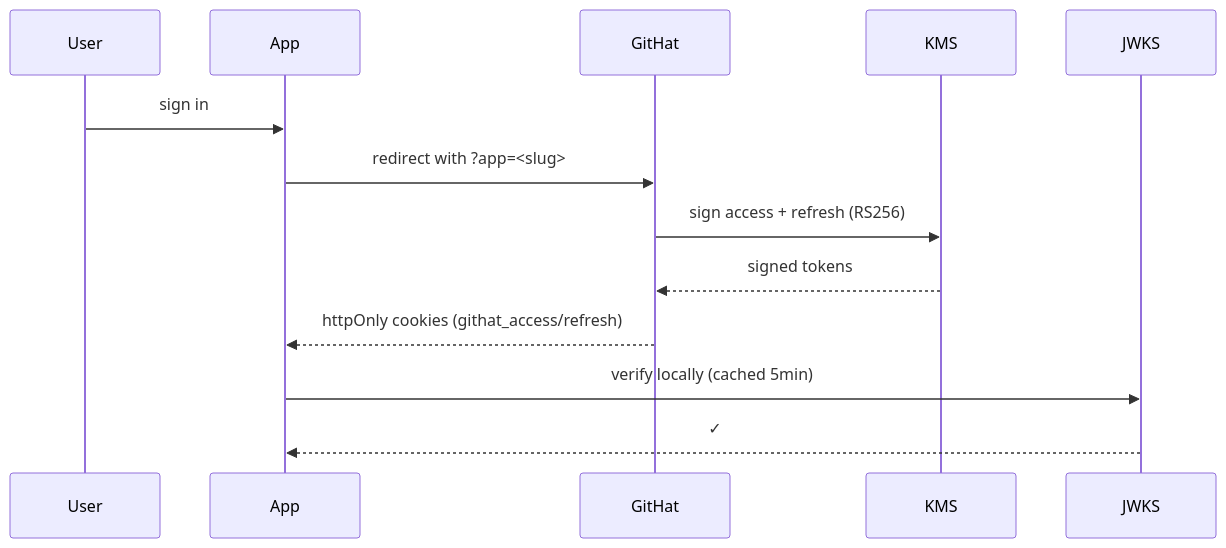
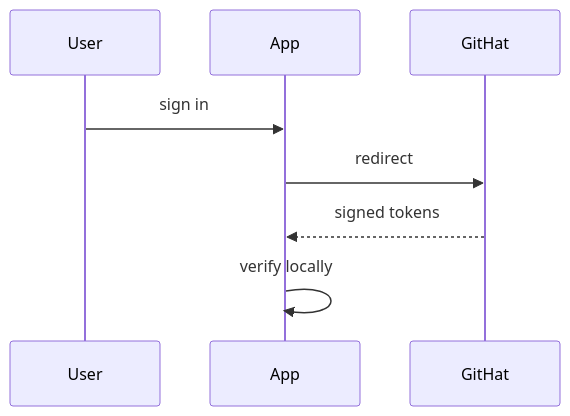
One commit to NFTeria/.github changed the second of 2 diagrams in profile/README.md. Above: the diagram before and after it, drawn with Mermaid. The commit also changed other lines of this file, not shown here.

````diff
--- a/profile/README.md
+++ b/profile/README.md
@@ -34,10 +34,7 @@
 ```mermaid
 sequenceDiagram
     User->>App: sign in
-    App->>GitHat: redirect with ?app=<slug>
-    GitHat->>KMS: sign access + refresh (RS256)
-    KMS-->>GitHat: signed tokens
-    GitHat-->>App: httpOnly cookies (githat_access/refresh)
-    App->>JWKS: verify locally (cached 5min)
-    JWKS-->>App: ✓
+    App->>GitHat: redirect
+    GitHat-->>App: signed tokens
+    App->>App: verify locally
 ```
````
